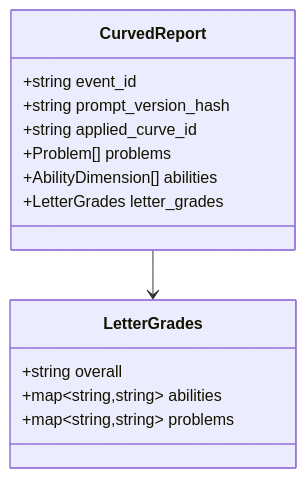
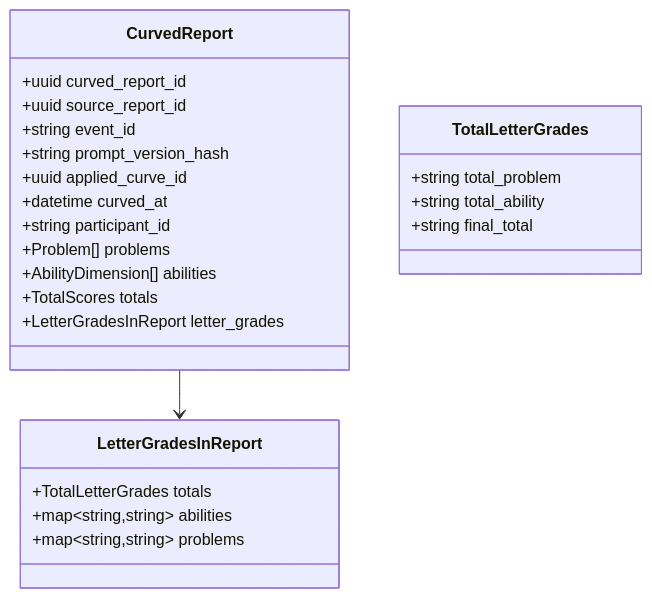
The sixth of 7 diagrams in score-post-llm-pipeline/pipeline-design.md (paideia-ai/tech-doc-axiia), drawn with Mermaid before and after one commit. The commit also changed other lines of this file and 3 other files, not shown here.

First line of the commit message:
Consolidate schemas and update docs per ip-02.md

````diff
--- a/score-post-llm-pipeline/pipeline-design.md
+++ b/score-post-llm-pipeline/pipeline-design.md
@@ -188,19 +200,30 @@
 ```mermaid
 classDiagram
     class CurvedReport {
+        +uuid curved_report_id
+        +uuid source_report_id
         +string event_id
         +string prompt_version_hash
-        +string applied_curve_id
+        +uuid applied_curve_id
+        +datetime curved_at
+        +string participant_id
         +Problem[] problems
         +AbilityDimension[] abilities
-        +LetterGrades letter_grades
+        +TotalScores totals
+        +LetterGradesInReport letter_grades
     }
 
-    class LetterGrades {
-        +string overall
+    class LetterGradesInReport {
+        +TotalLetterGrades totals
         +map~string,string~ abilities
         +map~string,string~ problems
     }
 
-    CurvedReport --> LetterGrades
+    class TotalLetterGrades {
+        +string total_problem
+        +string total_ability
+        +string final_total
+    }
+
+    CurvedReport --> LetterGradesInReport
 ```
````
